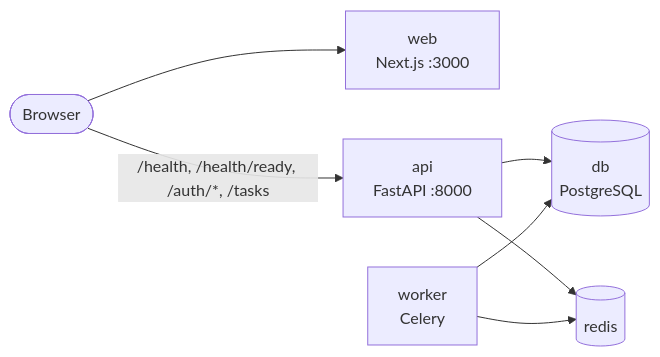
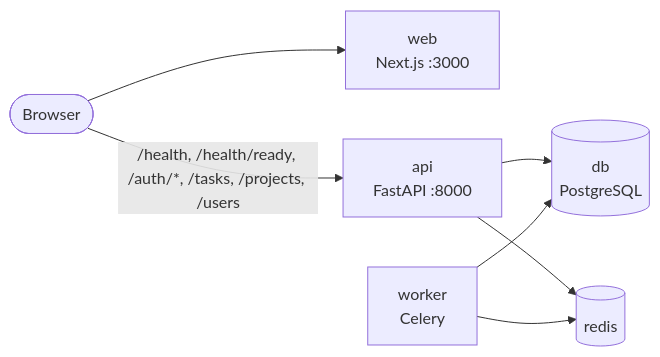
The first of 4 diagrams in docs/architecture.md (arbadev/ballasttasks), drawn with Mermaid before and after one commit. The commit also changed other lines of this file and 4 other files, not shown here.

````diff
--- a/docs/architecture.md
+++ b/docs/architecture.md
@@ -14,9 +14,9 @@
 ```mermaid
 flowchart LR
     browser([Browser]) --> web[web<br/>Next.js :3000]
-    browser -->|/health, /health/ready, /auth/*, /tasks| api[api<br/>FastAPI :8000]
+    browser -->|/health, /health/ready, /auth/*, /tasks, /projects, /users| api[api<br/>FastAPI :8000]
     api --> db[(db<br/>PostgreSQL)]
     api --> redis[(redis)]
     worker[worker<br/>Celery] --> redis
     worker --> db
 ```
````
